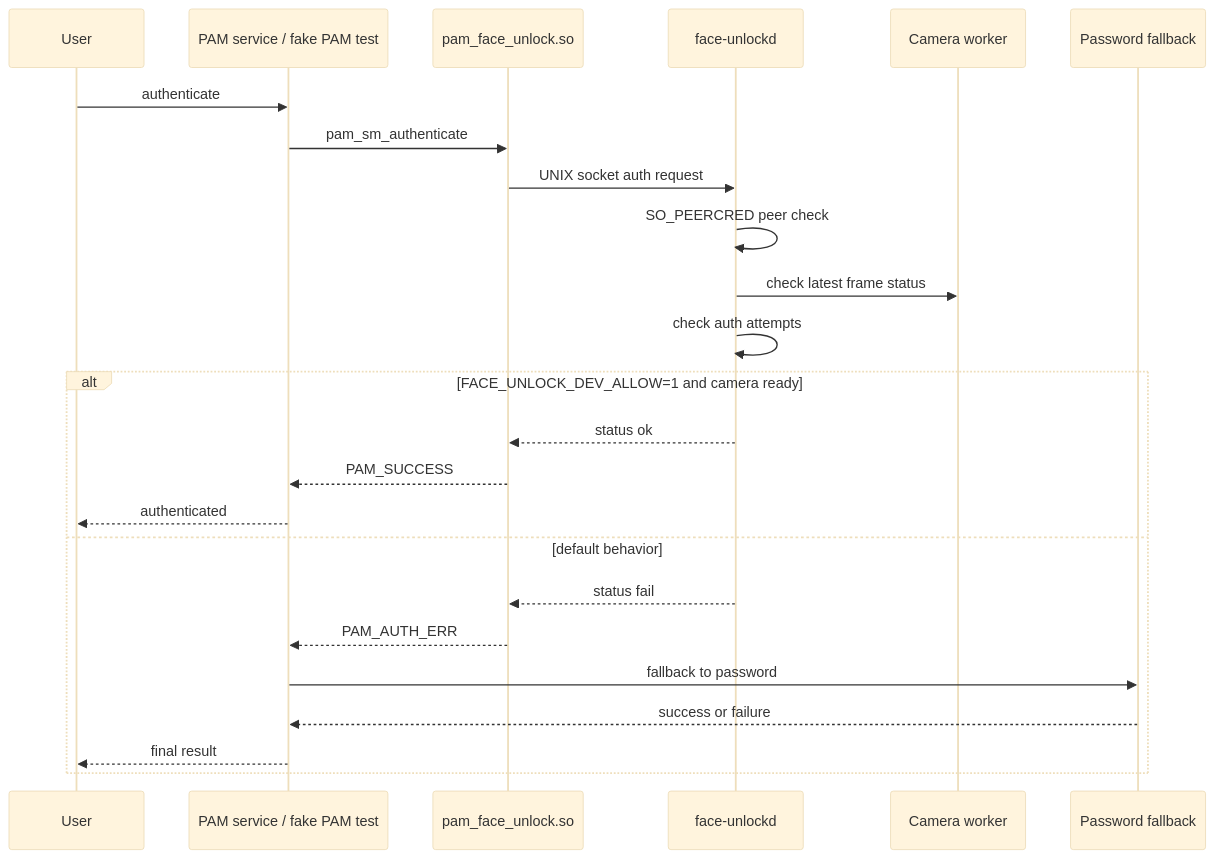
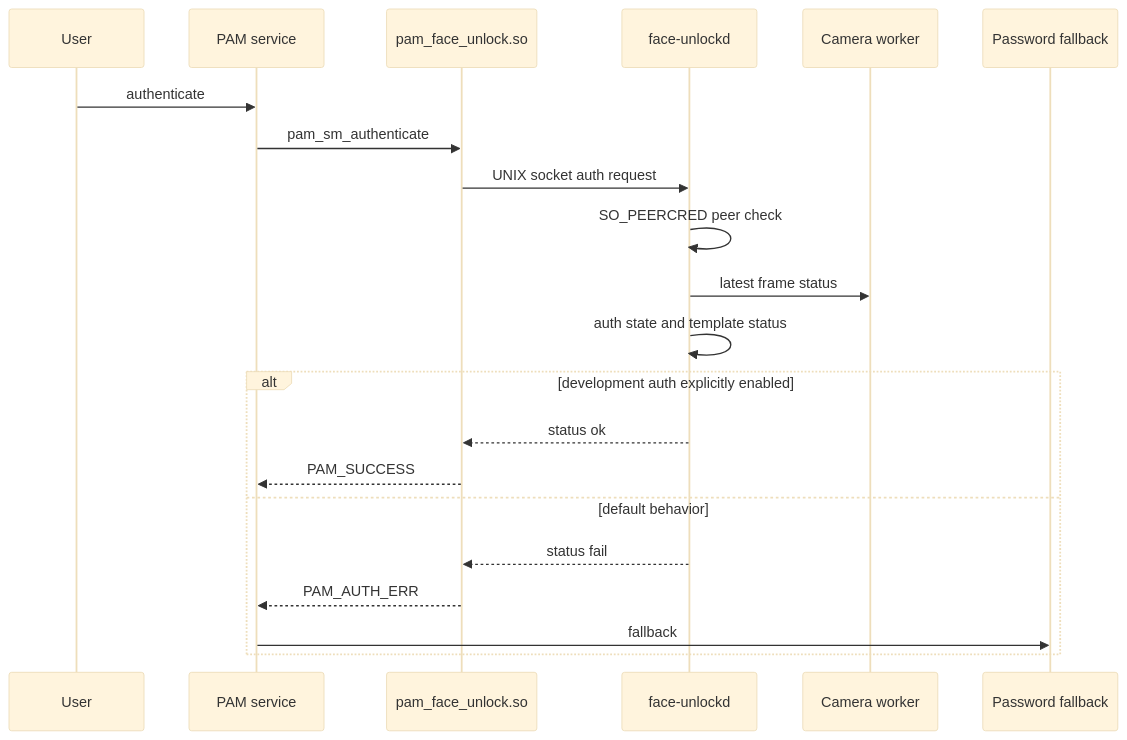
Before and after one commit to justneeraj12/face-unlock-linux: the second of 2 diagrams in README.md, drawn with Mermaid (base theme). The commit also changed other lines of this file, not shown here.

````diff
--- a/README.md
+++ b/README.md
@@ -157,27 +114,24 @@
 ```mermaid
 sequenceDiagram
     participant User
-    participant PAM as PAM service / fake PAM test
+    participant PAM as PAM service
     participant Module as pam_face_unlock.so
     participant Daemon as face-unlockd
     participant Camera as Camera worker
     participant Password as Password fallback
 
     User->>PAM: authenticate
     PAM->>Module: pam_sm_authenticate
     Module->>Daemon: UNIX socket auth request
     Daemon->>Daemon: SO_PEERCRED peer check
-    Daemon->>Camera: check latest frame status
-    Daemon->>Daemon: check auth attempts
-    alt FACE_UNLOCK_DEV_ALLOW=1 and camera ready
+    Daemon->>Camera: latest frame status
+    Daemon->>Daemon: auth state and template status
+    alt development auth explicitly enabled
         Daemon-->>Module: status ok
         Module-->>PAM: PAM_SUCCESS
-        PAM-->>User: authenticated
     else default behavior
         Daemon-->>Module: status fail
         Module-->>PAM: PAM_AUTH_ERR
-        PAM->>Password: fallback to password
-        Password-->>PAM: success or failure
-        PAM-->>User: final result
+        PAM->>Password: fallback
     end
 ```
````
